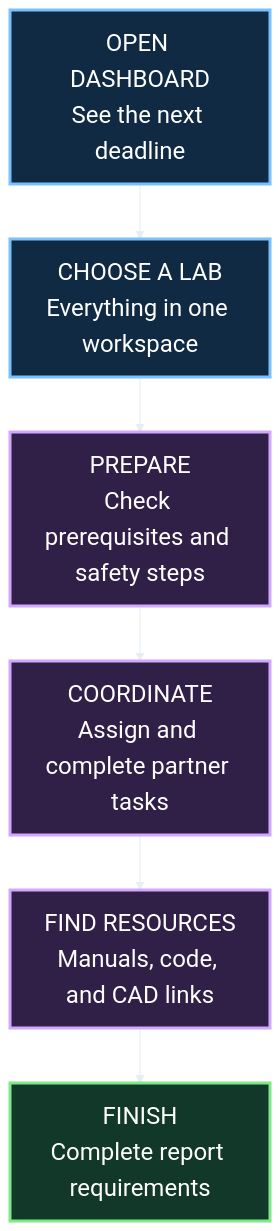
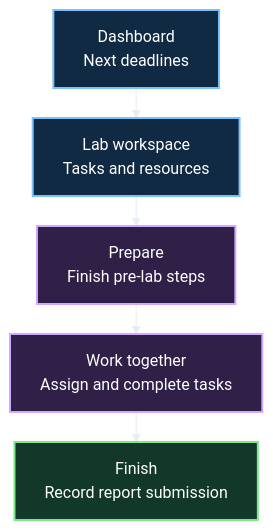
One commit to yumnasiddqui/Project-Sprint-Lab-Report-Buddy changed the first of 5 diagrams in PLAN.md. Above: the diagram before and after it, drawn with Mermaid. The commit also changed other lines of this file, not shown here.

Commit message:
Revise LabBuddy plan for Cloudflare and team coursework

````diff
--- a/PLAN.md
+++ b/PLAN.md
@@ -24,19 +60,16 @@
 ```mermaid
-%%{init: {"theme":"base","themeVariables":{"background":"#0D1117","primaryColor":"#102A43","primaryTextColor":"#FFFFFF","primaryBorderColor":"#58A6FF","lineColor":"#E6EDF3","fontSize":"24px","fontFamily":"Arial"},"flowchart":{"htmlLabels":true,"curve":"linear","nodeSpacing":40,"rankSpacing":55}}}%%
+%%{init: {"theme":"base","themeVariables":{"background":"#0D1117","primaryColor":"#102A43","primaryTextColor":"#FFFFFF","primaryBorderColor":"#79C0FF","lineColor":"#E6EDF3","fontSize":"16px","fontFamily":"Arial"},"flowchart":{"htmlLabels":true,"curve":"linear","nodeSpacing":25,"rankSpacing":30}}}%%
 flowchart TD
-    accTitle: LabBuddy student journey
-    accDescr: Open the dashboard, choose a lab, prepare, coordinate tasks, find resources, and complete the report.
-    A["OPEN DASHBOARD<br/>See the next deadline"]
-    B["CHOOSE A LAB<br/>Everything in one workspace"]
-    C["PREPARE<br/>Check prerequisites and safety steps"]
-    D["COORDINATE<br/>Assign and complete partner tasks"]
-    E["FIND RESOURCES<br/>Manuals, code, and CAD links"]
-    F["FINISH<br/>Complete report requirements"]
-    A --> B --> C --> D --> E --> F
-    classDef blue fill:#102A43,stroke:#79C0FF,color:#FFFFFF,stroke-width:3px;
-    classDef purple fill:#302047,stroke:#D2A8FF,color:#FFFFFF,stroke-width:3px;
-    classDef green fill:#12382A,stroke:#7EE787,color:#FFFFFF,stroke-width:3px;
+    accTitle: Student workflow
+    accDescr: Open the dashboard, select a lab, prepare, coordinate partner tasks, and finish the report.
+    A["Dashboard<br/>Next deadlines"] --> B["Lab workspace<br/>Tasks and resources"]
+    B --> C["Prepare<br/>Finish pre-lab steps"]
+    C --> D["Work together<br/>Assign and complete tasks"]
+    D --> E["Finish<br/>Record report submission"]
+    classDef blue fill:#102A43,stroke:#79C0FF,color:#FFFFFF,stroke-width:2px;
+    classDef purple fill:#302047,stroke:#D2A8FF,color:#FFFFFF,stroke-width:2px;
+    classDef green fill:#12382A,stroke:#7EE787,color:#FFFFFF,stroke-width:2px;
     class A,B blue;
-    class C,D,E purple;
-    class F green;
+    class C,D purple;
+    class E green;
 ```
````
